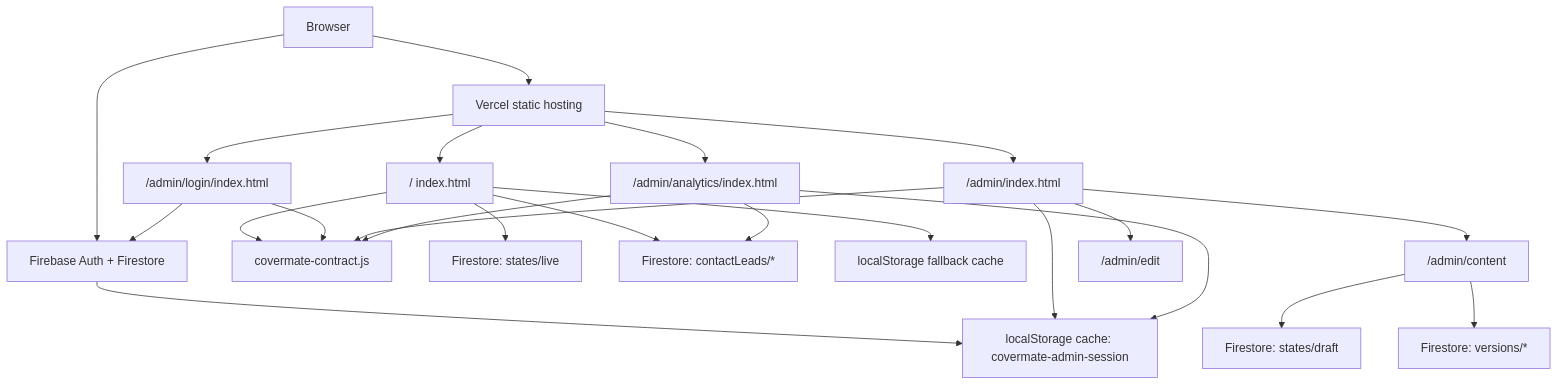
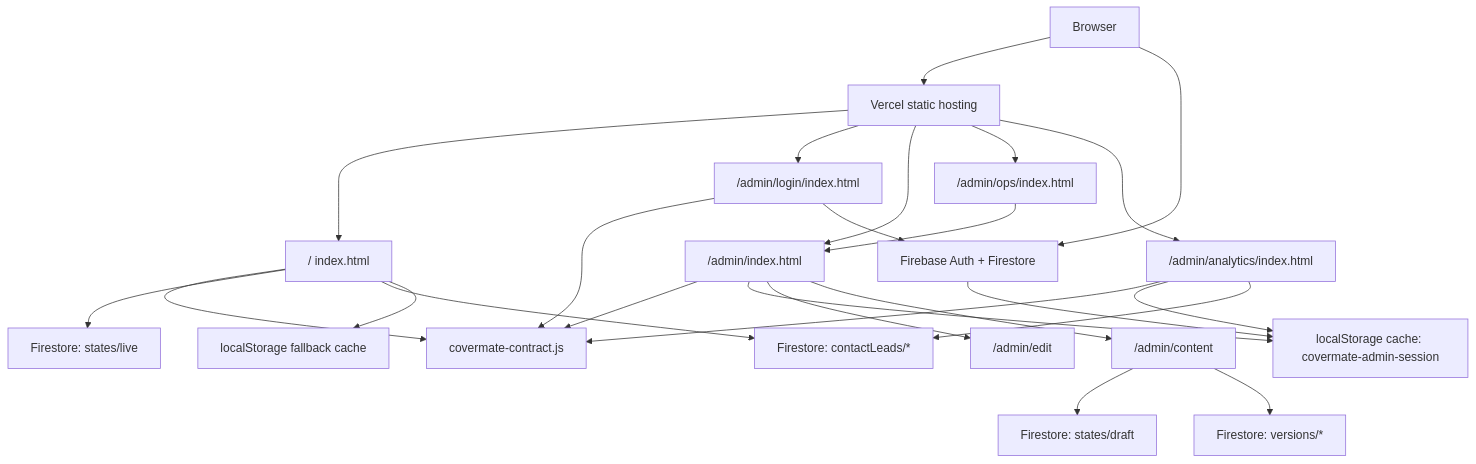
Before and after one commit to purichw/CoverMate: the diagram in docs/ARCHITECTURE.md, drawn with Mermaid. The commit also changed other lines of this file and 15 other files, not shown here.

````diff
--- a/docs/ARCHITECTURE.md
+++ b/docs/ARCHITECTURE.md
@@ -33,25 +34,27 @@
 ```mermaid
 flowchart TD
   Browser["Browser"] --> Vercel["Vercel static hosting"]
   Vercel --> Public["/ index.html"]
   Vercel --> Login["/admin/login/index.html"]
   Vercel --> Launcher["/admin/index.html"]
+  Vercel --> OpsShim["/admin/ops/index.html"]
   Vercel --> Analytics["/admin/analytics/index.html"]
+  OpsShim --> Launcher
   Browser --> Firebase["Firebase Auth + Firestore"]
   Public --> Contract["covermate-contract.js"]
   Login --> Contract
   Launcher --> Contract
   Analytics --> Contract
   Public --> Live["Firestore: states/live"]
   Public --> Leads["Firestore: contactLeads/*"]
   Public --> Store["localStorage fallback cache"]
   PublicAdmin --> Draft["Firestore: states/draft"]
   PublicAdmin --> Versions["Firestore: versions/*"]
   Login --> Firebase
   Firebase --> Session["localStorage cache: covermate-admin-session"]
   Launcher --> Session
   Analytics --> Session
   Analytics --> Leads
   Launcher --> PublicEdit["/admin/edit"]
   Launcher --> PublicAdmin["/admin/content"]
 ```
````
